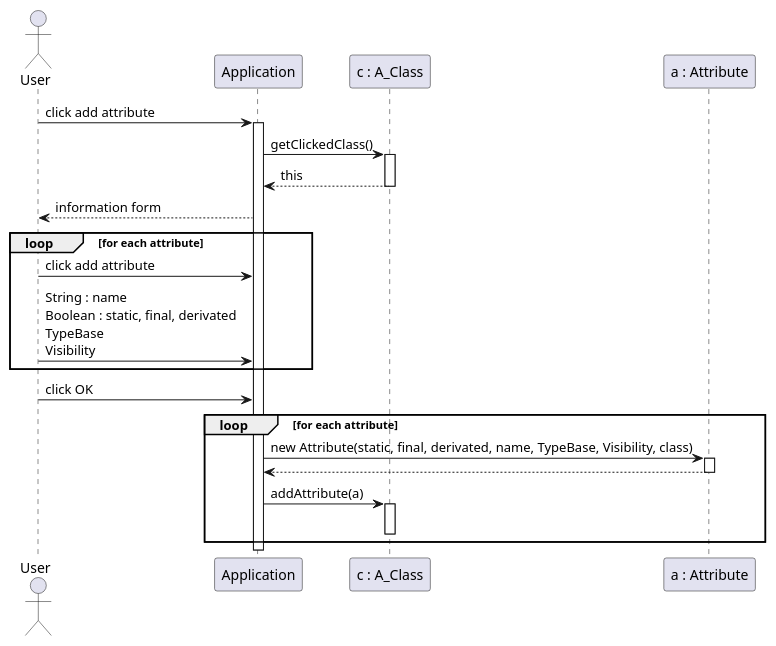
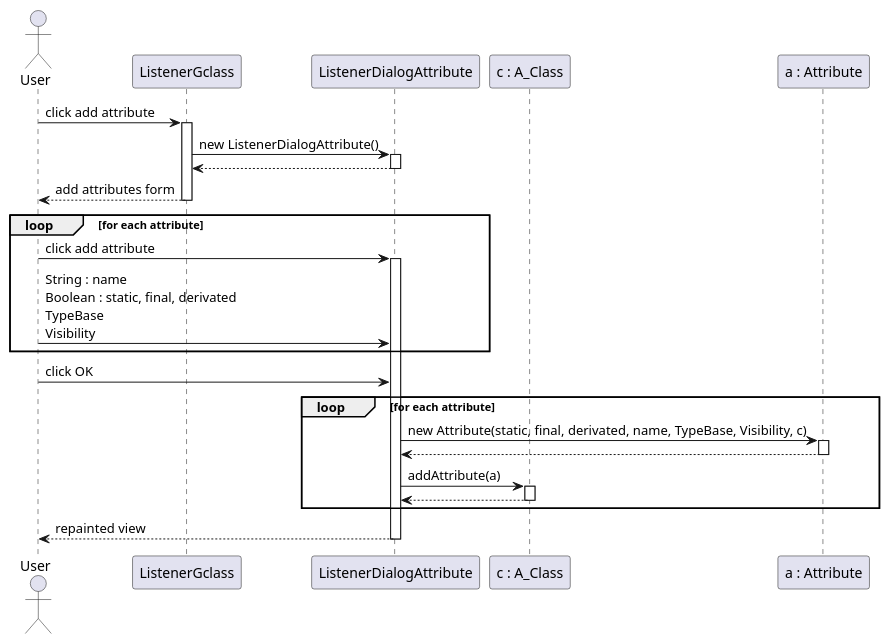
The diagram in src/com/github/tomap/uml/conception/sequenceDiagrams/addAttributeClass.puml (Phalexei/Modeleur), drawn with PlantUML before and after one commit. The commit also changed 7 other files, not shown here.

Commit message:
diagrammes de séquence

```diff
--- a/src/com/github/tomap/uml/conception/sequenceDiagrams/addAttributeClass.puml
+++ b/src/com/github/tomap/uml/conception/sequenceDiagrams/addAttributeClass.puml
@@ -1,35 +1,41 @@
 @startuml
 
     actor User as u
-    participant Application as a
+    participant ListenerGclass as lgc
+    participant ListenerDialogAttribute as lda
     participant "c : A_Class" as c
     participant "a : Attribute" as at
 
-    u -> a: click add attribute
-    activate a
+    u -> lgc: click add attribute
+    activate lgc
 
-    a -> c: getClickedClass()
-    activate c
+    lgc -> lda: new ListenerDialogAttribute()
+    activate lda
+    lda --> lgc
+    deactivate lda
 
-    c --> a: this
-    deactivate c
-
-    a --> u: information form
+    lgc --> u: add attributes form
+    deactivate lgc
 
     loop for each attribute
-        u -> a: click add attribute
-        u -> a: String : name\nBoolean : static, final, derivated\nTypeBase\nVisibility
+        u -> lda: click add attribute
+        activate lda
+        u -> lda: String : name\nBoolean : static, final, derivated\nTypeBase\nVisibility
     end
 
-    u -> a: click OK
+    u -> lda: click OK
 
     loop for each attribute
-        a -> at: new Attribute(static, final, derivated, name, TypeBase, Visibility, class)
+        lda -> at: new Attribute(static, final, derivated, name, TypeBase, Visibility, c)
         activate at
-        at --> a
+        at --> lda
         deactivate at
-        a -> c: addAttribute(a)
+        lda -> c: addAttribute(a)
         activate c
+        c --> lda
         deactivate c
     end
+
+    lda --> u: repainted view
+    deactivate lda
 @enduml
```
